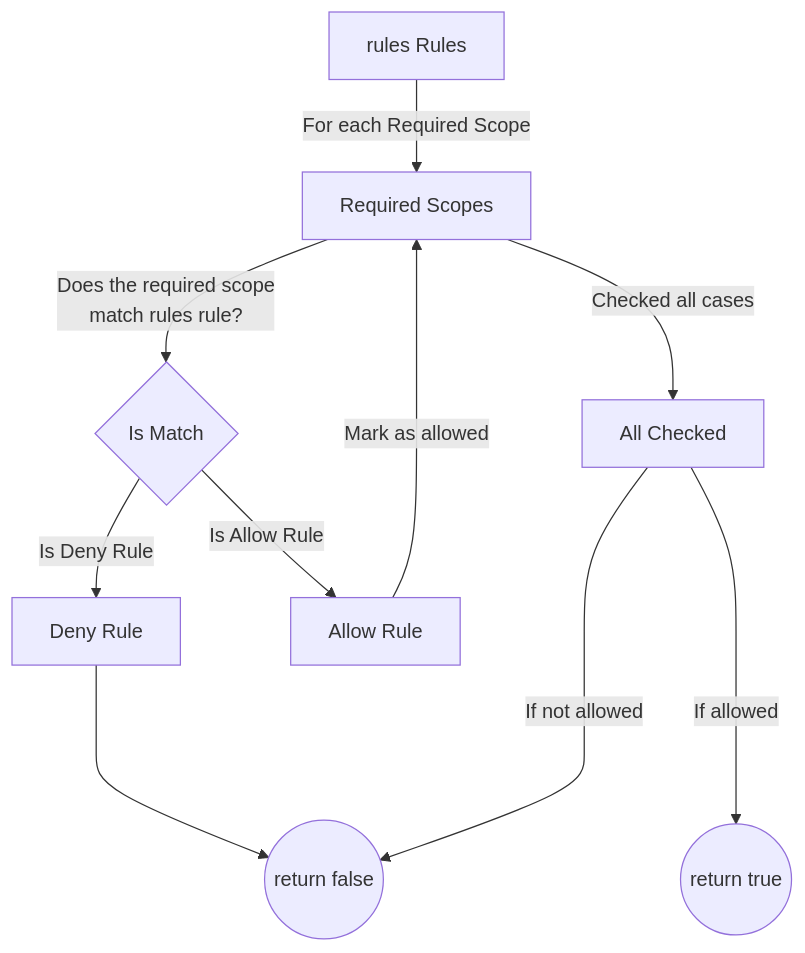
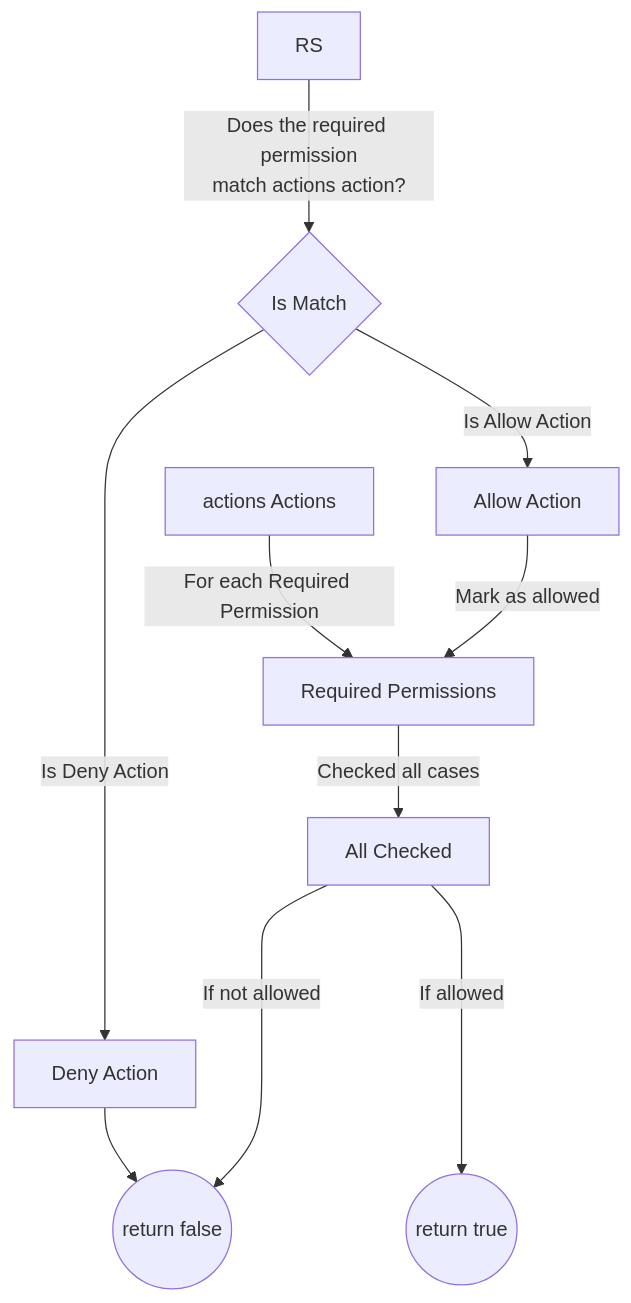
One commit to miniscruff/scopie changed the diagram in docs/specification/logic.md. Above: the diagram before and after it, drawn with Mermaid. The commit also changed other lines of this file and 13 other files, not shown here.

Commit message:
swap scopes and rules to actions and permissions

````diff
--- a/docs/specification/logic.md
+++ b/docs/specification/logic.md
@@ -52,21 +52,21 @@
 ```mermaid
 flowchart TD
-    AR[rules Rules]
-    RS[Required Scopes]
+    AA[actions Actions]
+    RP[Required Permissions]
     D[All Checked]
     M{Is Match}
-    DR[Deny Rule]
-    AlR[Allow Rule]
+    DA[Deny Action]
+    AlA[Allow Action]
     T((return true))
     F((return false))
 
-    AR-->|For each Required Scope|RS
-    RS-->|Does the required scope\nmatch rules rule?|M
-    M-->|Is Deny Rule|DR
-    M-->|Is Allow Rule|AlR
-    DR-->F
-    AlR-->|Mark as allowed|RS
-    RS-->|Checked all cases|D
+    AA-->|For each Required Permission|RP
+    RS-->|Does the required permission\nmatch actions action?|M
+    M-->|Is Deny Action|DA
+    M-->|Is Allow Action|AlA
+    DA-->F
+    AlA-->|Mark as allowed|RP
+    RP-->|Checked all cases|D
     D---->|If allowed|T
     D---->|If not allowed|F
 ```
````
